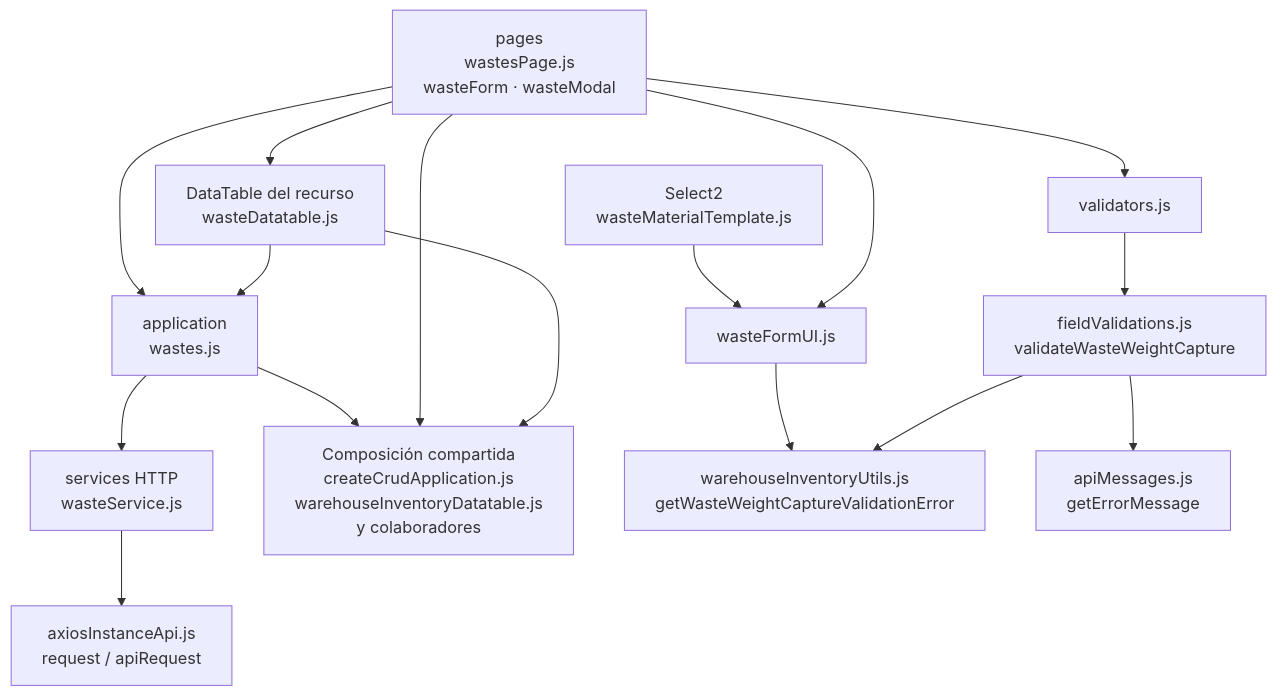
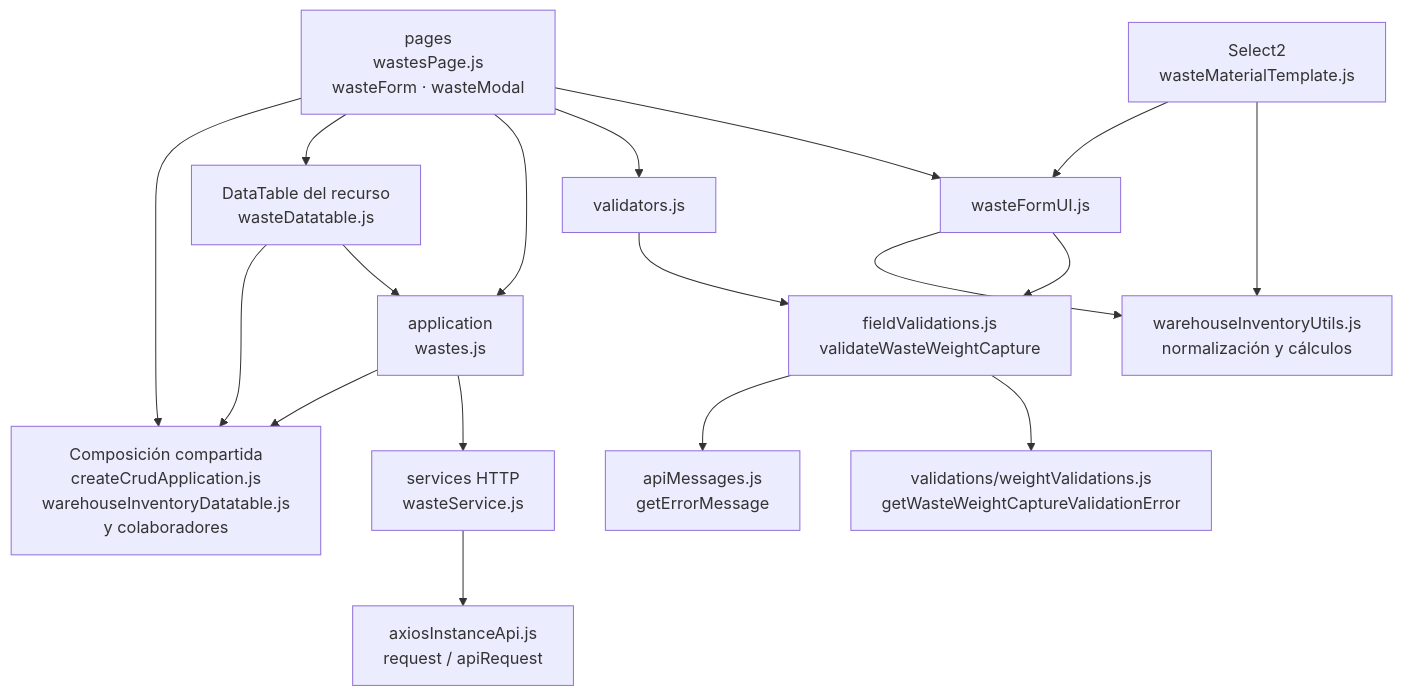
One commit to gpgsistemas01/nexus changed the diagram in docs/architecture/views/development/frontend-technical-documentation/11-wastes-code.md. Above: the diagram before and after it, drawn with Mermaid. The commit also changed other lines of this file and 21 other files, not shown here.

````diff
--- a/docs/architecture/views/development/frontend-technical-documentation/11-wastes-code.md
+++ b/docs/architecture/views/development/frontend-technical-documentation/11-wastes-code.md
@@ -7,30 +7,33 @@
 ```mermaid
 flowchart TB
     P["pages<br/>wastesPage.js<br/>wasteForm · wasteModal"]
     A["application<br/>wastes.js"]
     R["services HTTP<br/>wasteService.js"]
     T["DataTable del recurso<br/>wasteDatatable.js"]
     U["Composición compartida<br/>createCrudApplication.js<br/>warehouseInventoryDatatable.js<br/>y colaboradores"]
     Validation["validators.js"]
     FieldValidation["fieldValidations.js<br/>validateWasteWeightCapture"]
-    WeightRule["warehouseInventoryUtils.js<br/>getWasteWeightCaptureValidationError"]
+    WeightRule["validations/weightValidations.js<br/>getWasteWeightCaptureValidationError"]
     Messages["apiMessages.js<br/>getErrorMessage"]
     H["axiosInstanceApi.js<br/>request / apiRequest"]
     InventoryUI["wasteFormUI.js"]
     Select["Select2<br/>wasteMaterialTemplate.js"]
-    InventoryUI --> WeightRule
+    InventoryUI --> FieldValidation
+    InventoryUtils["warehouseInventoryUtils.js<br/>normalización y cálculos"]
+    InventoryUI --> InventoryUtils
+    Select --> InventoryUtils
     Select --> InventoryUI
     P --> InventoryUI
     A --> R
     A --> U
     P --> Validation
     Validation --> FieldValidation
     FieldValidation --> WeightRule
     FieldValidation --> Messages
     P --> A
     P --> T
     P --> U
     R --> H
     T --> A
     T --> U
 ```
````
